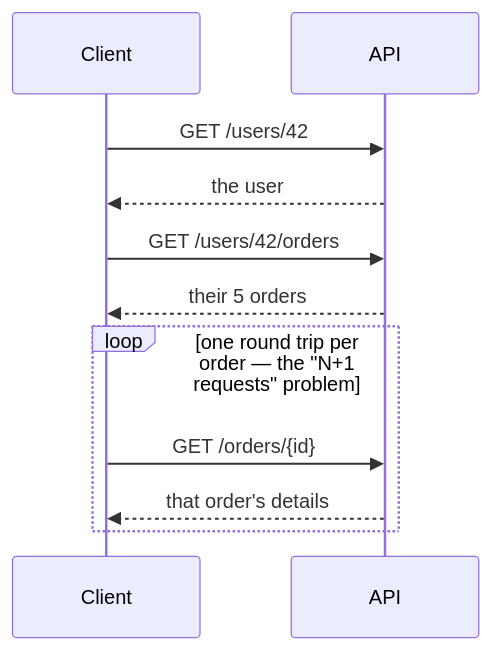
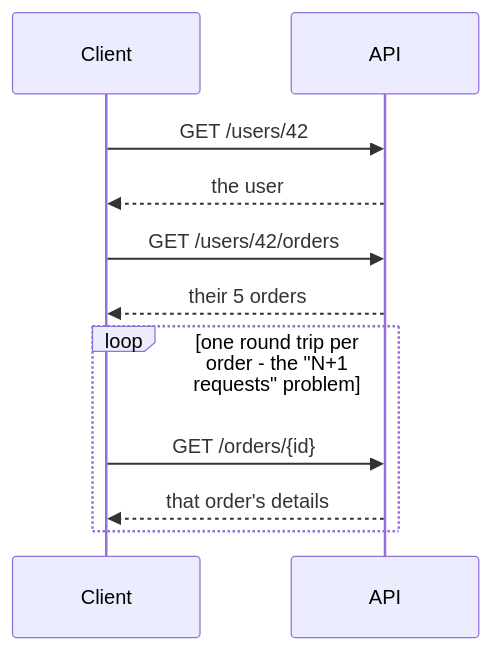
Before and after one commit to Topurrra/themissingmanual: the diagram in guides/apis/rest-apis-explained/03-rest-in-the-real-world.md, drawn with Mermaid. The commit also changed other lines of this file and 1009 other files, not shown here.

````diff
--- a/guides/apis/rest-apis-explained/03-rest-in-the-real-world.md
+++ b/guides/apis/rest-apis-explained/03-rest-in-the-real-world.md
@@ -83,13 +83,13 @@
 ```mermaid
 sequenceDiagram
   participant Client
   participant API
   Client->>API: GET /users/42
   API-->>Client: the user
   Client->>API: GET /users/42/orders
   API-->>Client: their 5 orders
-  loop one round trip per order — the "N+1 requests" problem
+  loop one round trip per order - the "N+1 requests" problem
     Client->>API: GET /orders/{id}
     API-->>Client: that order's details
   end
 ```
````
